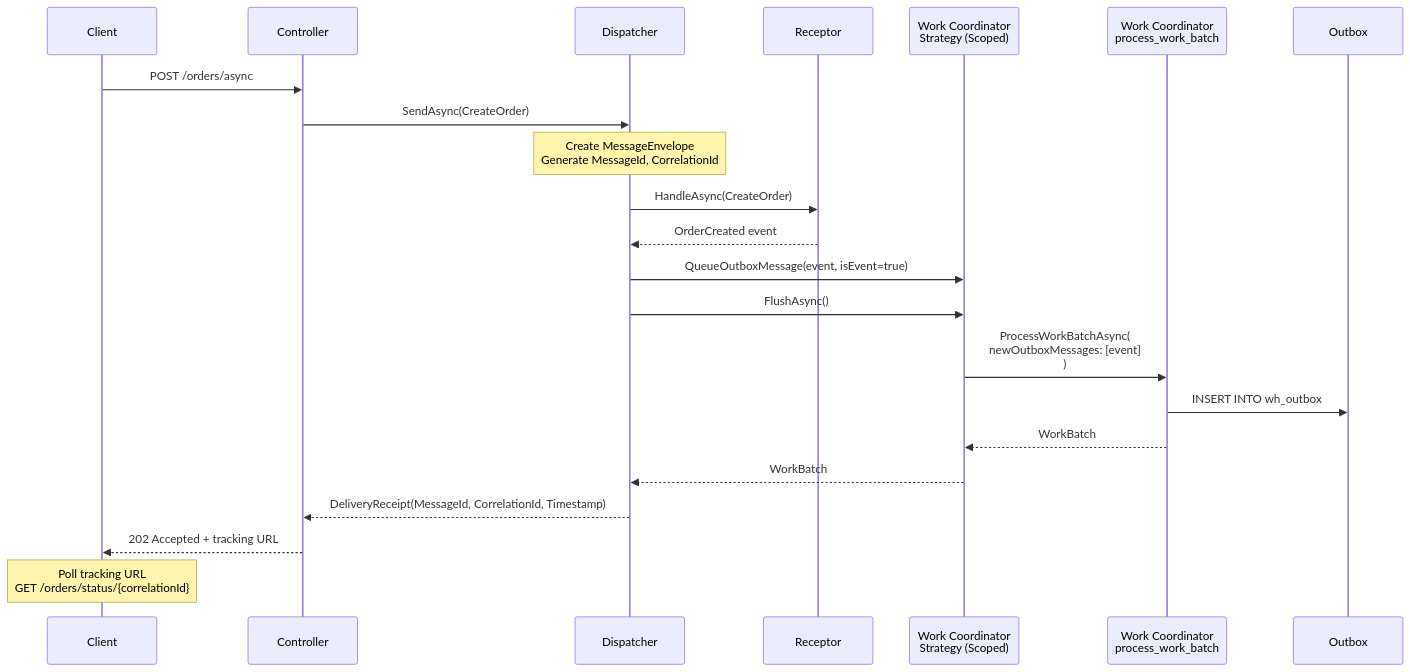
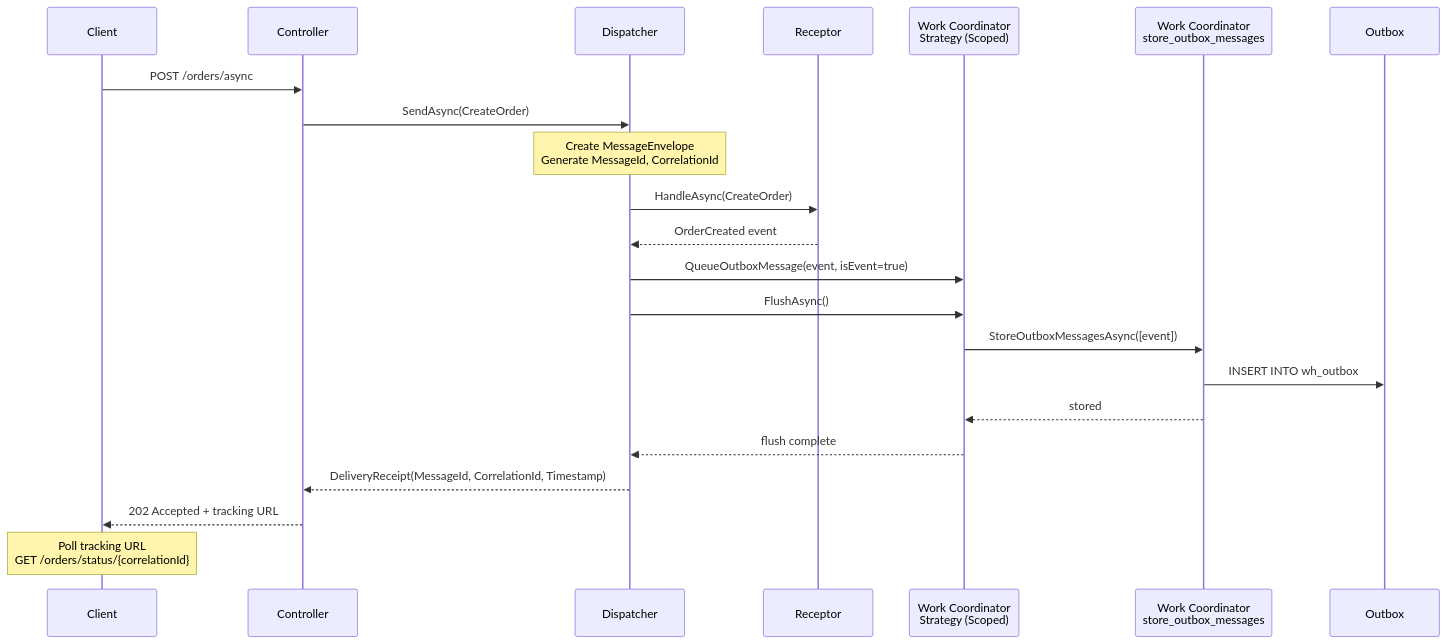
One commit to whizbang-lib/whizbang-lib.github.io changed the third of 6 diagrams in src/assets/docs/v1.0.0/extending/internals/message-lifecycle.md. Above: the diagram before and after it, drawn with Mermaid. The commit also changed other lines of this file and 34 other files, not shown here.

First line of the commit message:
docs: collective queue head reads, WHIZ006 inheritance, diagnostic link targets, and process_work_batch removed

````diff
--- a/src/assets/docs/v1.0.0/extending/internals/message-lifecycle.md
+++ b/src/assets/docs/v1.0.0/extending/internals/message-lifecycle.md
@@ -191,32 +191,32 @@
 ```mermaid{caption="Asynchronous command flow: the dispatcher returns a delivery receipt after the outbox insert, with eventual delivery guaranteed by the outbox"}
 sequenceDiagram
     participant Client
     participant Controller
     participant Dispatcher
     participant Receptor
     participant WorkStrategy as Work Coordinator<br/>Strategy (Scoped)
-    participant WorkCoord as Work Coordinator<br/>process_work_batch
+    participant WorkCoord as Work Coordinator<br/>store_outbox_messages
     participant Outbox
 
     Client->>Controller: POST /orders/async
     Controller->>Dispatcher: SendAsync(CreateOrder)
 
     Note over Dispatcher: Create MessageEnvelope<br/>Generate MessageId, CorrelationId
 
     Dispatcher->>Receptor: HandleAsync(CreateOrder)
     Receptor-->>Dispatcher: OrderCreated event
 
     Dispatcher->>WorkStrategy: QueueOutboxMessage(event, isEvent=true)
     Dispatcher->>WorkStrategy: FlushAsync()
 
-    WorkStrategy->>WorkCoord: ProcessWorkBatchAsync(<br/>  newOutboxMessages: [event]<br/>)
+    WorkStrategy->>WorkCoord: StoreOutboxMessagesAsync([event])
 
     WorkCoord->>Outbox: INSERT INTO wh_outbox
-    WorkCoord-->>WorkStrategy: WorkBatch
-    WorkStrategy-->>Dispatcher: WorkBatch
+    WorkCoord-->>WorkStrategy: stored
+    WorkStrategy-->>Dispatcher: flush complete
 
     Dispatcher-->>Controller: DeliveryReceipt(MessageId, CorrelationId, Timestamp)
     Controller-->>Client: 202 Accepted + tracking URL
 
     Note over Client: Poll tracking URL<br/>GET /orders/status/{correlationId}
 ```
````
